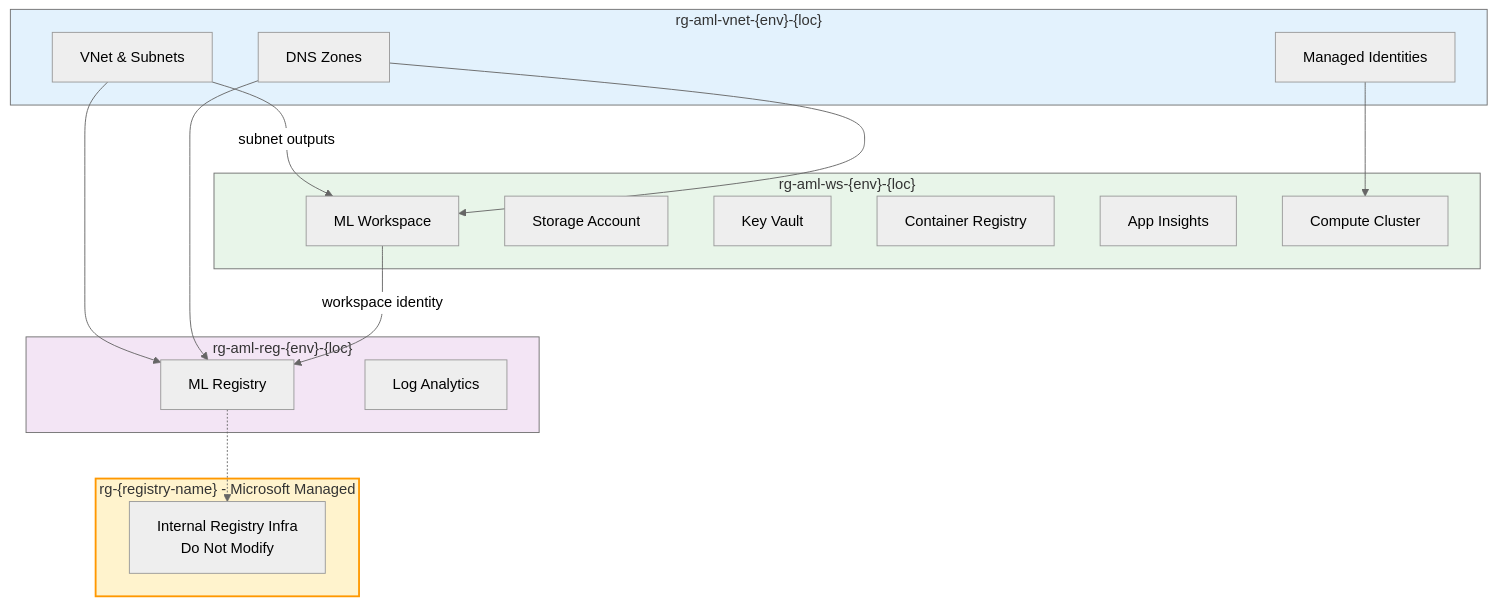
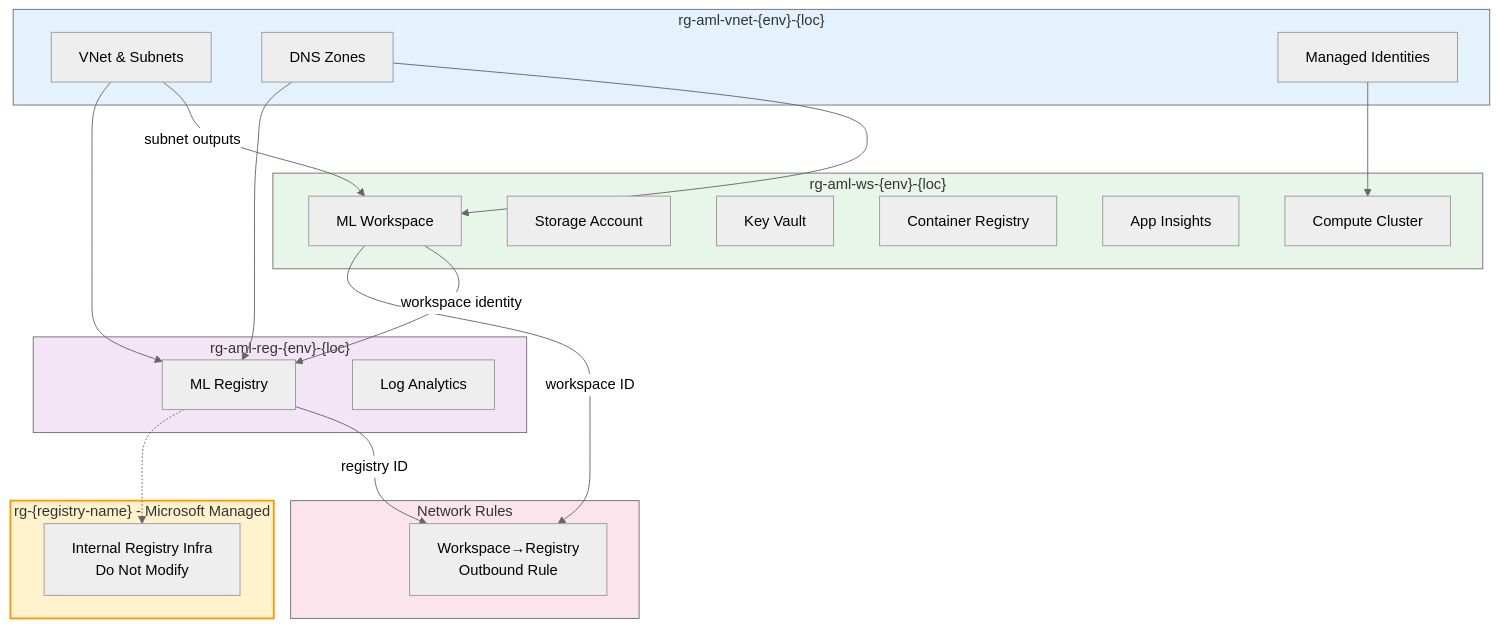
One commit to jomedinagomez/MLOPs-AzureML changed the diagram in infra/README.md. Above: the diagram before and after it, drawn with Mermaid (neutral theme). The commit also changed other lines of this file and 42 other files, not shown here.

````diff
--- a/infra/README.md
+++ b/infra/README.md
@@ -56,36 +58,42 @@
 ```mermaid
 flowchart TD
     subgraph RG1["rg-aml-vnet-{env}-{loc}"]
         VNET[VNet & Subnets]
         DNS[DNS Zones]
         MI[Managed Identities]
     end
     subgraph RG2["rg-aml-ws-{env}-{loc}"]
         WS[ML Workspace]
         SA[Storage Account]
         KV[Key Vault]
         CR[Container Registry]
         AI[App Insights]
         CC[Compute Cluster]
     end
     subgraph RG3["rg-aml-reg-{env}-{loc}"]
         REG[ML Registry]
         LA[Log Analytics]
     end
     subgraph RG4["rg-{registry-name} - Microsoft Managed"]
         MSREG["Internal Registry Infra<br>Do Not Modify"]
     end
+    subgraph NR["Network Rules"]
+        OBR["Workspace→Registry<br>Outbound Rule"]
+    end
 
     VNET -->|subnet outputs| WS
     DNS --> WS
     MI --> CC
     VNET --> REG
     DNS --> REG
     WS -->|workspace identity| REG
+    WS -->|workspace ID| OBR
+    REG -->|registry ID| OBR
     REG -.-> MSREG
 
     style RG4 fill:#fff3cd,stroke:#ff9800,stroke-width:2px
     style RG1 fill:#e3f2fd
     style RG2 fill:#e8f5e9
     style RG3 fill:#f3e5f5
+    style NR fill:#fce4ec
 ```
````
